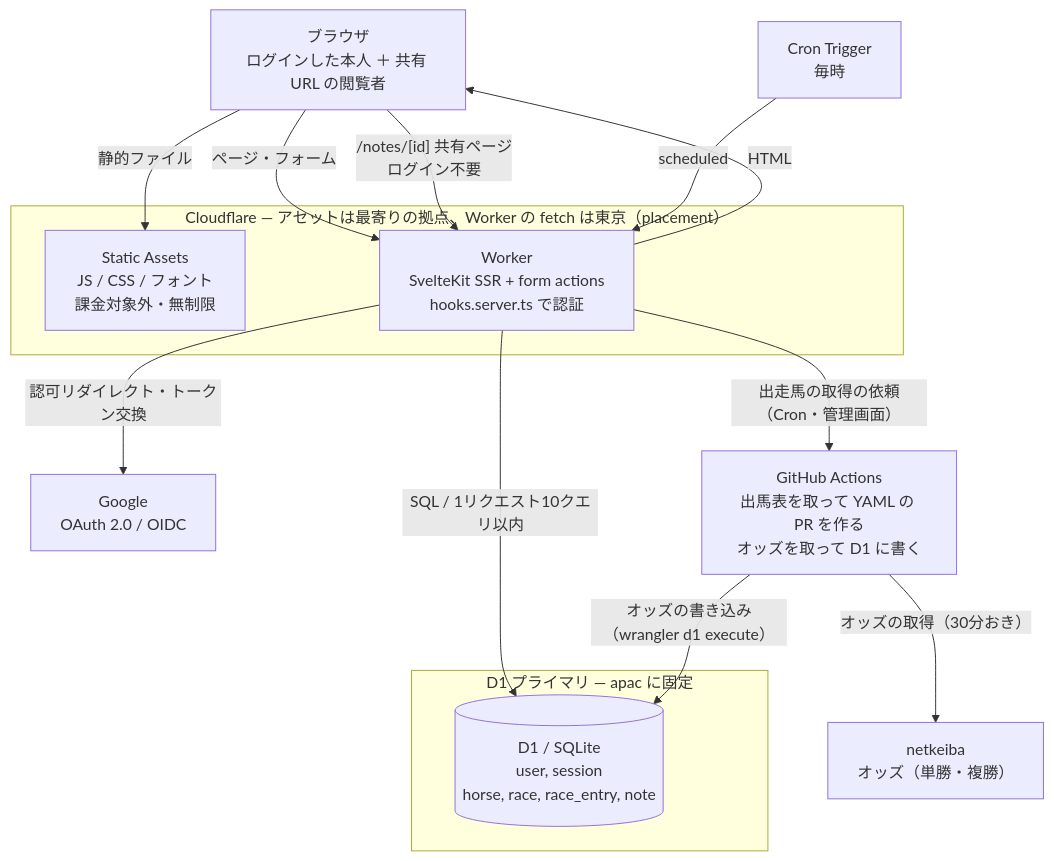
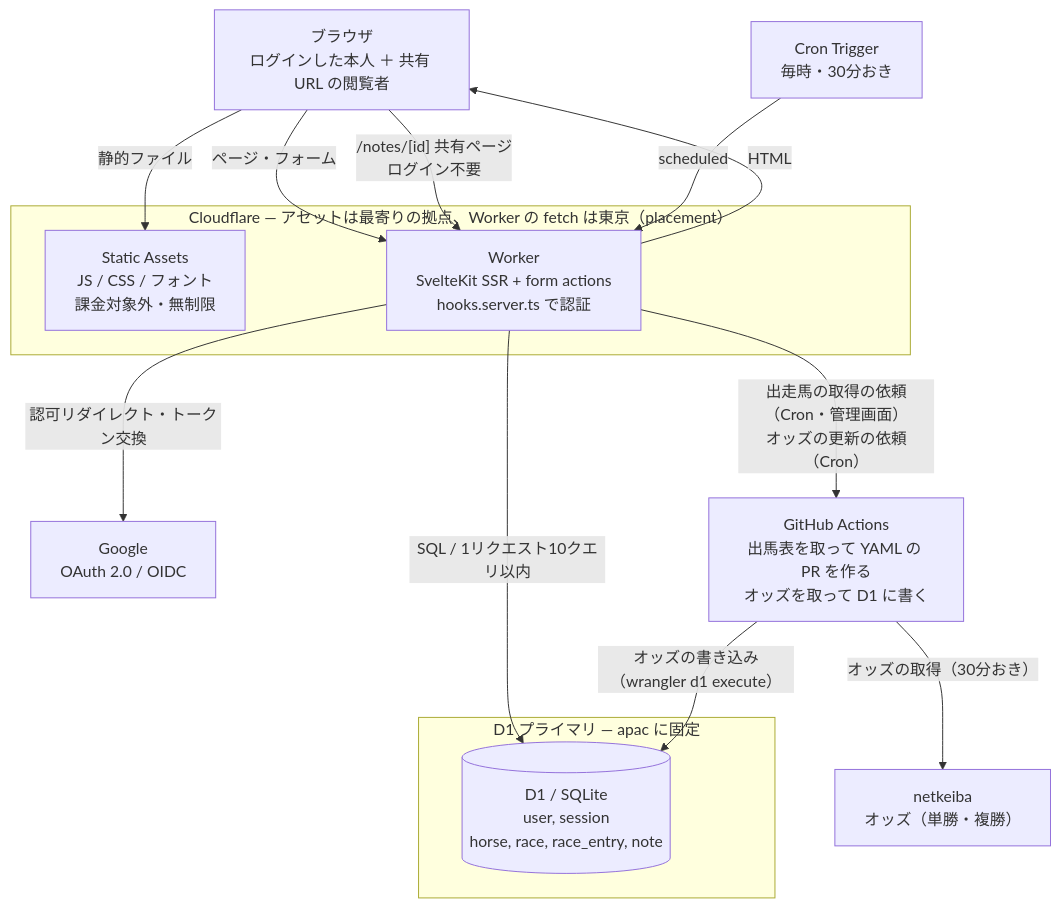
One commit to Atoyr/keiba-note changed the first of 11 diagrams in docs/architecture.md. Above: the diagram before and after it, drawn with Mermaid. The commit also changed other lines of this file and 18 other files, not shown here.

````diff
--- a/docs/architecture.md
+++ b/docs/architecture.md
@@ -77,29 +79,29 @@
 ```mermaid
 flowchart TB
     U["ブラウザ<br/>ログインした本人 ＋ 共有 URL の閲覧者"]
 
     subgraph CF["Cloudflare — アセットは最寄りの拠点、Worker の fetch は東京（placement）"]
         A["Static Assets<br/>JS / CSS / フォント<br/>課金対象外・無制限"]
         W["Worker<br/>SvelteKit SSR + form actions<br/>hooks.server.ts で認証"]
     end
 
     subgraph APAC["D1 プライマリ — apac に固定"]
         D[("D1 / SQLite<br/>user, session<br/>horse, race, race_entry, note")]
     end
 
     G["Google<br/>OAuth 2.0 / OIDC"]
     N["netkeiba<br/>オッズ（単勝・複勝）"]
     GH["GitHub Actions<br/>出馬表を取って YAML の PR を作る<br/>オッズを取って D1 に書く"]
-    CR["Cron Trigger<br/>毎時"]
+    CR["Cron Trigger<br/>毎時・30分おき"]
 
     U -->|"静的ファイル"| A
     U -->|"ページ・フォーム"| W
     U -->|"/notes/[id] 共有ページ<br/>ログイン不要"| W
     W -->|"SQL / 1リクエスト10クエリ以内"| D
     W -->|"認可リダイレクト・トークン交換"| G
     W -->|"HTML"| U
     CR -->|"scheduled"| W
-    W -->|"出走馬の取得の依頼（Cron・管理画面）"| GH
+    W -->|"出走馬の取得の依頼（Cron・管理画面）<br/>オッズの更新の依頼（Cron）"| GH
     GH -->|"オッズの取得（30分おき）"| N
     GH -->|"オッズの書き込み（wrangler d1 execute）"| D
 ```
````
